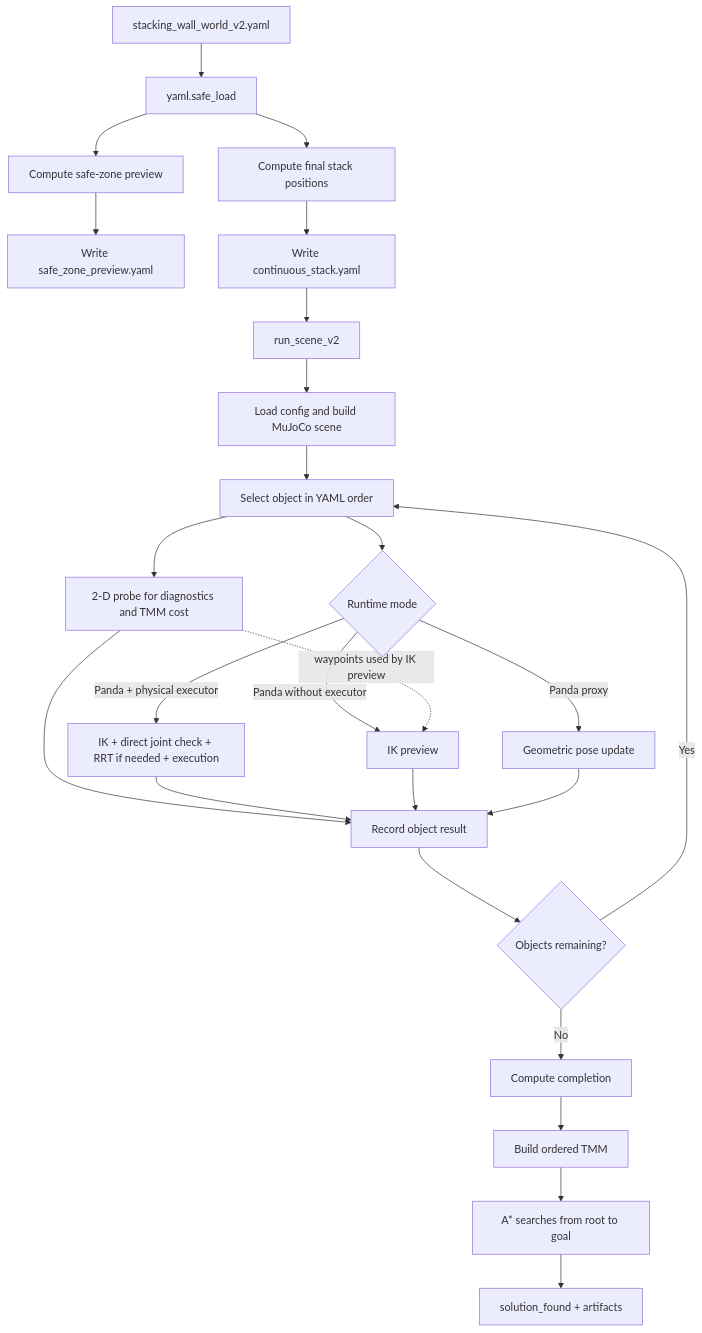
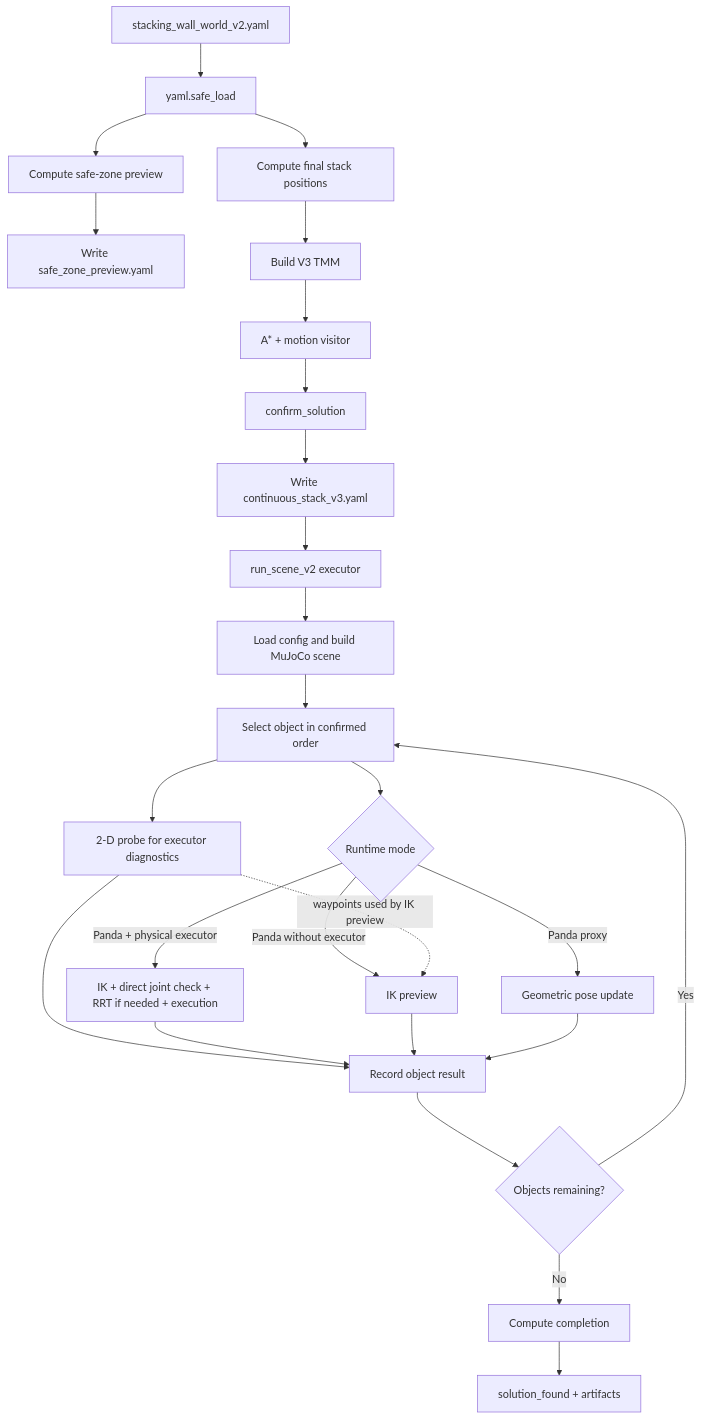
The first of 2 diagrams in README.md (rafasoelistiono/MVP-CTAMP-ROBOT3), drawn with Mermaid before and after one commit. The commit also changed other lines of this file, not shown here.

````diff
--- a/README.md
+++ b/README.md
@@ -40,27 +52,28 @@
 ```mermaid
 flowchart TD
     A["stacking_wall_world_v2.yaml"] --> B["yaml.safe_load"]
     B --> C["Compute safe-zone preview"]
     B --> D["Compute final stack positions"]
     C --> E["Write safe_zone_preview.yaml"]
-    D --> F["Write continuous_stack.yaml"]
-    F --> G["run_scene_v2"]
+    D --> T["Build V3 TMM"]
+    T --> U["A* + motion visitor"]
+    U --> V3C["confirm_solution"]
+    V3C --> F["Write continuous_stack_v3.yaml"]
+    F --> G["run_scene_v2 executor"]
     G --> H["Load config and build MuJoCo scene"]
-    H --> I["Select object in YAML order"]
-    I --> J["2-D probe for diagnostics and TMM cost"]
+    H --> I["Select object in confirmed order"]
+    I --> J["2-D probe for executor diagnostics"]
     I --> K{"Runtime mode"}
     K -->|"Panda + physical executor"| L["IK + direct joint check + RRT if needed + execution"]
     K -->|"Panda without executor"| V["IK preview"]
     K -->|"Panda proxy"| W["Geometric pose update"]
     J -. "waypoints used by IK preview" .-> V
     J --> X["Record object result"]
     L --> X
     V --> X
     W --> X
     X --> M{"Objects remaining?"}
     M -->|"Yes"| I
     M -->|"No"| N["Compute completion"]
-    N --> O["Build ordered TMM"]
-    O --> P["A* searches from root to goal"]
-    P --> Q["solution_found + artifacts"]
+    N --> Q["solution_found + artifacts"]
 ```
````
